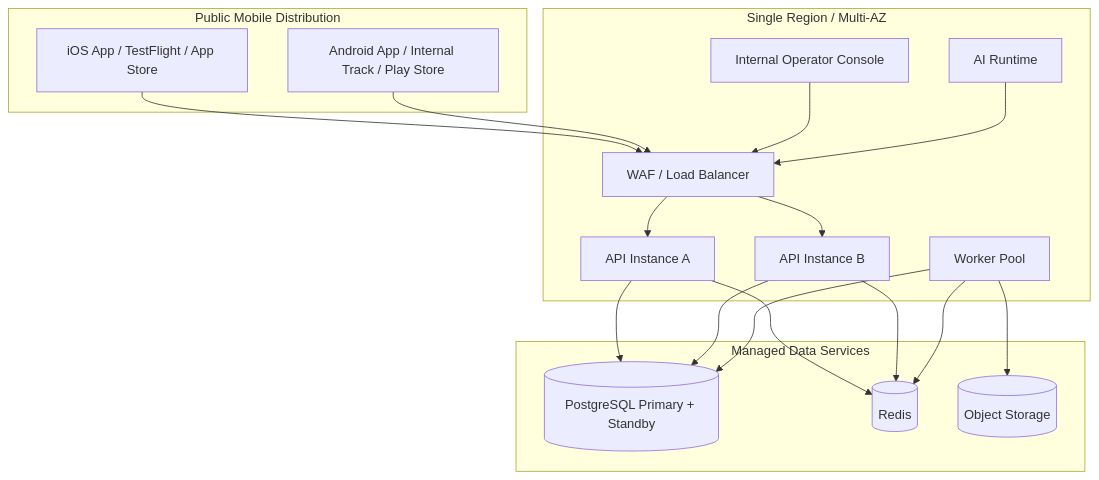
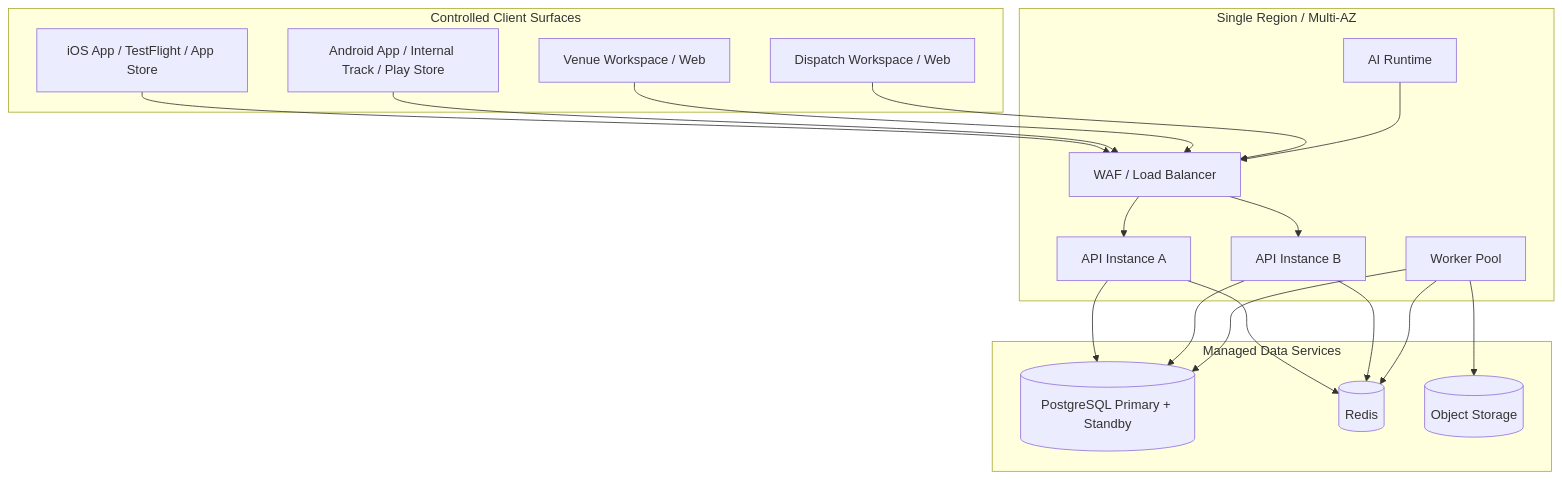
Before and after one commit to ericaxiaweilin/proxy: the sixth of 6 diagrams in architecture/Proxy_System_Architecture_v1.md, drawn with Mermaid. The commit also changed other lines of this file, not shown here.

Commit message:
docs align platform architecture with orchestration web

````diff
--- a/architecture/Proxy_System_Architecture_v1.md
+++ b/architecture/Proxy_System_Architecture_v1.md
@@ -868,36 +886,38 @@
 ```mermaid
 flowchart TB
-    subgraph Mobile["Public Mobile Distribution"]
+    subgraph Clients["Controlled Client Surfaces"]
         IOS["iOS App / TestFlight / App Store"]
         AND["Android App / Internal Track / Play Store"]
+        VENUE["Venue Workspace / Web"]
+        DISPATCH["Dispatch Workspace / Web"]
     end
 
     subgraph Edge["Single Region / Multi-AZ"]
         LB["WAF / Load Balancer"]
         API1["API Instance A"]
         API2["API Instance B"]
         W1["Worker Pool"]
         AIR["AI Runtime"]
-        OC["Internal Operator Console"]
     end
 
     subgraph Data["Managed Data Services"]
         PG[("PostgreSQL Primary + Standby")]
         R[("Redis")]
         S3[("Object Storage")]
     end
 
     IOS --> LB
     AND --> LB
-    OC --> LB
+    VENUE --> LB
+    DISPATCH --> LB
     LB --> API1
     LB --> API2
     API1 --> PG
     API2 --> PG
     API1 --> R
     API2 --> R
     W1 --> PG
     W1 --> R
     W1 --> S3
     AIR --> LB
 ```
````
